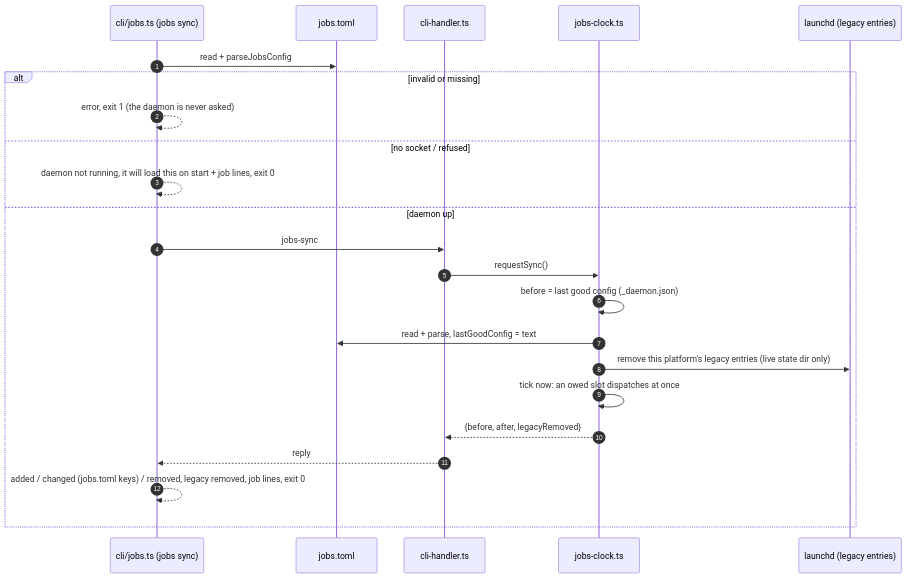
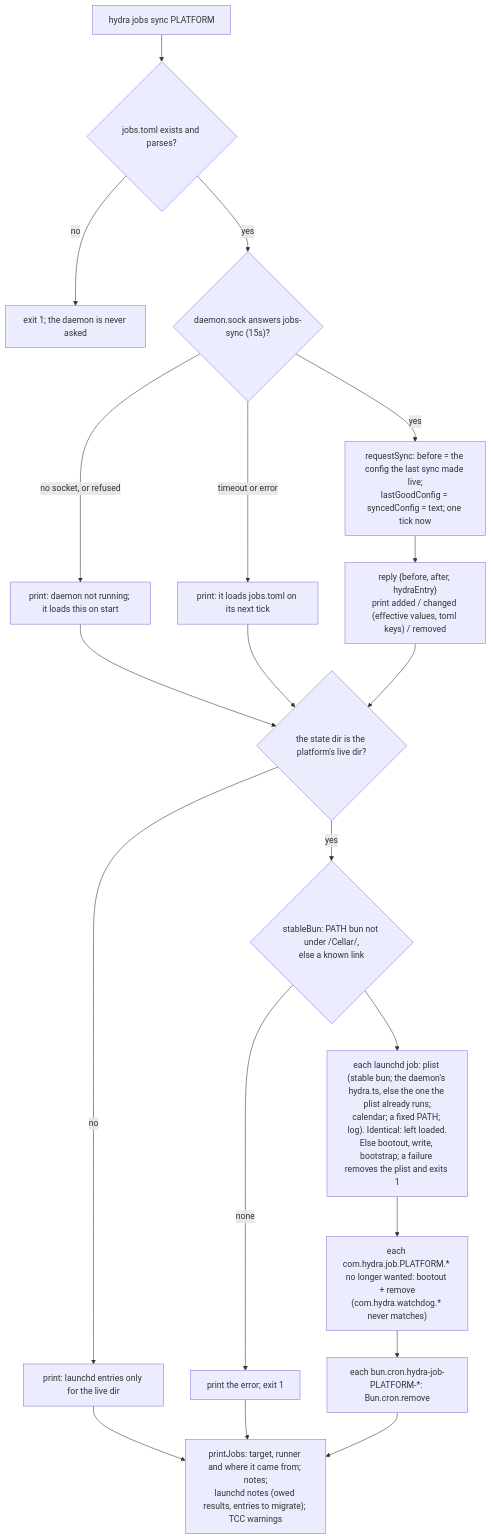
Before and after one commit to sf8193/hydra: the diagram in diagrams/flow-jobs-sync.mmd, drawn with Mermaid. The commit also changed 21 other files, not shown here.

First line of the commit message:
Jobs: a runner per job, launchd by default; the daemon delivers (#528)

```diff
--- a/diagrams/flow-jobs-sync.mmd
+++ b/diagrams/flow-jobs-sync.mmd
@@ -1,24 +1,19 @@
-sequenceDiagram
-    autonumber
-    participant CLI as cli/jobs.ts (jobs sync)
-    participant T as jobs.toml
-    participant H as cli-handler.ts
-    participant C as jobs-clock.ts
-    participant L as launchd (legacy entries)
-
-    CLI->>T: read + parseJobsConfig
-    alt invalid or missing
-        CLI-->>CLI: error, exit 1 (the daemon is never asked)
-    else no socket / refused
-        CLI-->>CLI: daemon not running, it will load this on start + job lines, exit 0
-    else daemon up
-        CLI->>H: jobs-sync
-        H->>C: requestSync()
-        C->>C: before = last good config (_daemon.json)
-        C->>T: read + parse, lastGoodConfig = text
-        C->>L: remove this platform's legacy entries (live state dir only)
-        C->>C: tick now: an owed slot dispatches at once
-        C-->>H: {before, after, legacyRemoved}
-        H-->>CLI: reply
-        CLI-->>CLI: added / changed (jobs.toml keys) / removed, legacy removed, job lines, exit 0
-    end
+%% hydra jobs sync (cli/jobs.ts jobsSync, syncLaunchd; daemon/jobs-clock.ts requestSync).
+flowchart TD
+  S["hydra jobs sync PLATFORM"] --> P{"jobs.toml exists and parses?"}
+  P -->|no| E1["exit 1; the daemon is never asked"]
+  P -->|yes| SK{"daemon.sock answers jobs-sync (15s)?"}
+  SK -->|"no socket, or refused"| M1["print: daemon not running; it loads this on start"]
+  SK -->|"timeout or error"| M2["print: it loads jobs.toml on its next tick"]
+  SK -->|yes| RQ["requestSync: before = the config the last sync made live;<br/>lastGoodConfig = syncedConfig = text; one tick now"]
+  RQ --> DF["reply {before, after, hydraEntry}<br/>print added / changed (effective values, toml keys) / removed"]
+  M1 & M2 & DF --> LIVE{"the state dir is the platform's live dir?"}
+  LIVE -->|no| NOTE["print: launchd entries only for the live dir"]
+  LIVE -->|yes| B{"stableBun: PATH bun not under /Cellar/,<br/>else a known link"}
+  B -->|none| E2["print the error; exit 1"]
+  B --> REG["each launchd job: plist (stable bun; the daemon's hydra.ts, else the one the plist already runs;<br/>calendar; a fixed PATH; log). Identical: left loaded.<br/>Else bootout, write, bootstrap; a failure removes the plist and exits 1"]
+  REG --> UN["each com.hydra.job.PLATFORM.* no longer wanted: bootout + remove<br/>(com.hydra.watchdog.* never matches)"]
+  UN --> LG["each bun.cron.hydra-job-PLATFORM-*: Bun.cron.remove"]
+  LG --> PJ["printJobs: target, runner and where it came from; notes;<br/>launchd notes (owed results, entries to migrate); TCC warnings"]
+  NOTE --> PJ
+  E2 --> PJ
```
